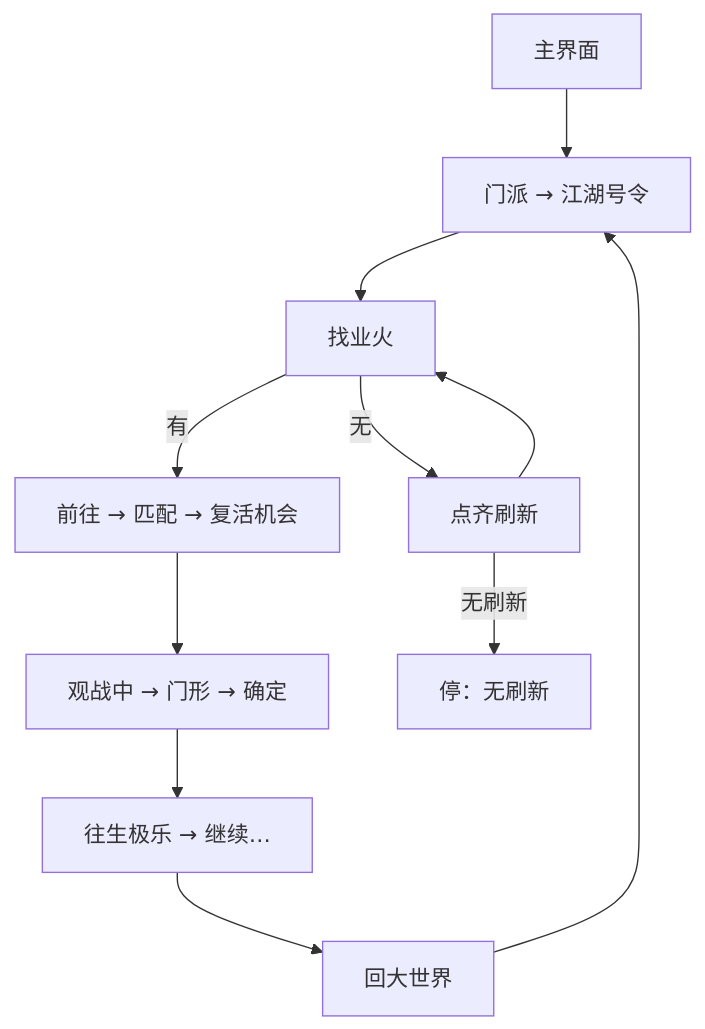
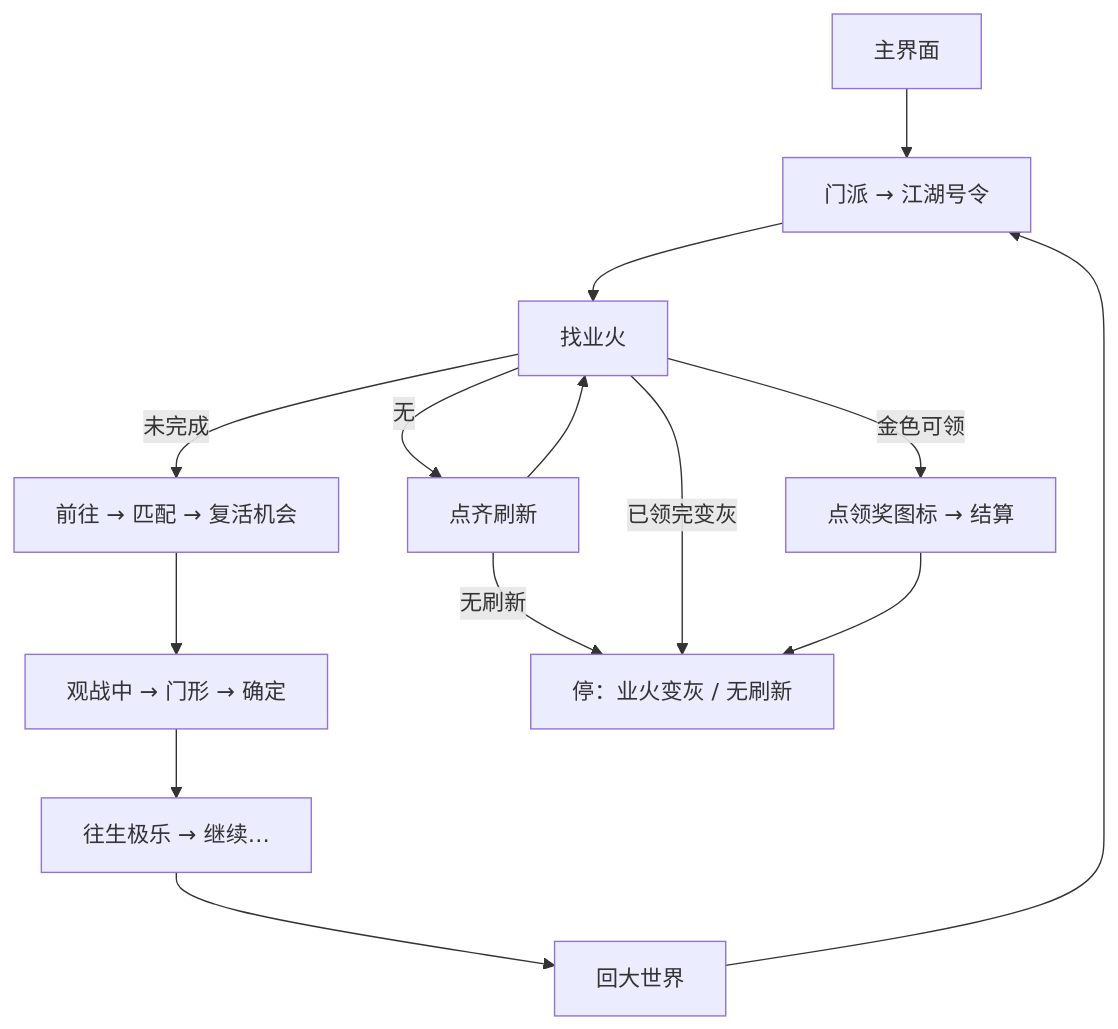
The diagram in docs/zh_cn/tasks/每日号令.md (82488059/MAAYY), drawn with Mermaid before and after one commit. The commit also changed other lines of this file and 4 other files, not shown here.

First line of the commit message:
每日号令：业火领奖图标与变灰结束条件。

````diff
--- a/docs/zh_cn/tasks/每日号令.md
+++ b/docs/zh_cn/tasks/每日号令.md
@@ -26,16 +26,19 @@
 ```mermaid
 flowchart TD
   main["主界面"]
   order["门派 → 江湖号令"]
   find["找业火"]
   refresh["点齐刷新"]
   match["前往 → 匹配 → 复活机会"]
   exit["观战中 → 门形 → 确定"]
   settle["往生极乐 → 继续…"]
   world["回大世界"]
-  done["停：无刷新"]
+  claim["点领奖图标 → 结算"]
+  done["停：业火变灰 / 无刷新"]
   main --> order --> find
   find -->|无| refresh --> find
   refresh -->|无刷新| done
-  find -->|有| match --> exit --> settle --> world --> order
+  find -->|已领完变灰| done
+  find -->|金色可领| claim --> done
+  find -->|未完成| match --> exit --> settle --> world --> order
 ```
````
